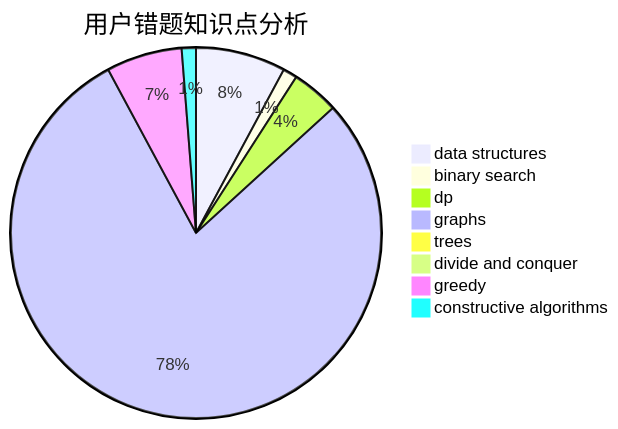
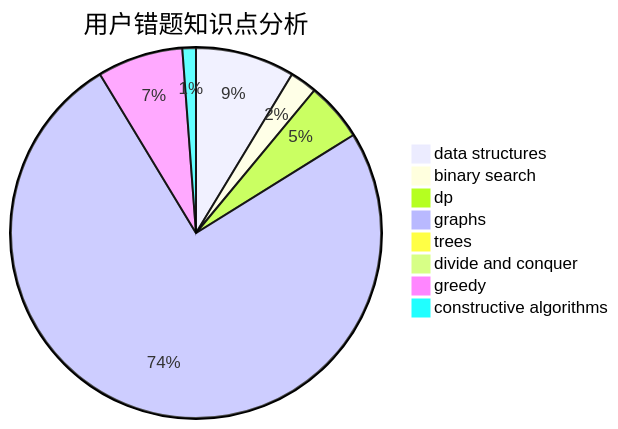
One commit to sherpahu/cfrs.github.io changed the third of 3 diagrams in docs/user/u1164.md. Above: the diagram before and after it, drawn with Mermaid. The commit also changed other lines of this file and 2770 other files, not shown here.

````diff
--- a/docs/user/u1164.md
+++ b/docs/user/u1164.md
@@ -36,11 +36,11 @@
 ```mermaid
 pie title 用户错题知识点分析
-    "data structures" :  19
-    "binary search" :  3
-    "dp" :  10
+    "data structures" :  22
+    "binary search" :  6
+    "dp" :  13
     "graphs" :  191
     "trees" :  2
     "divide and conquer" :  1
-    "greedy" :  16
+    "greedy" :  19
     "constructive algorithms" :  3
 ```
````
